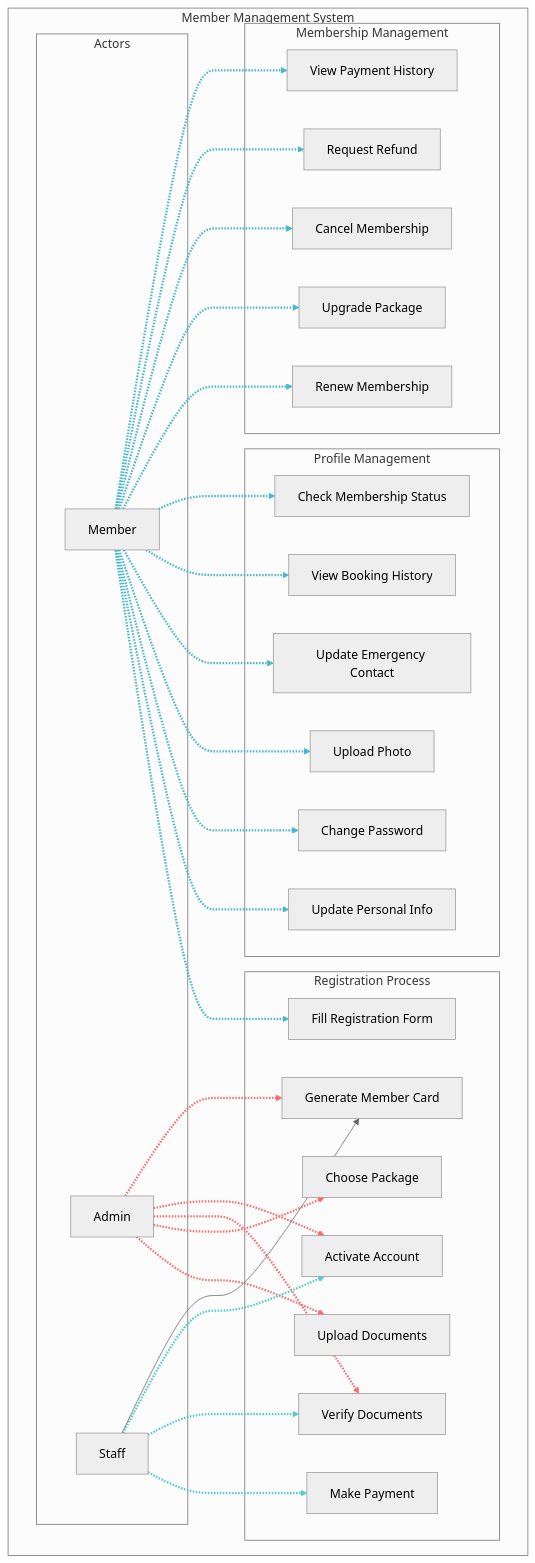
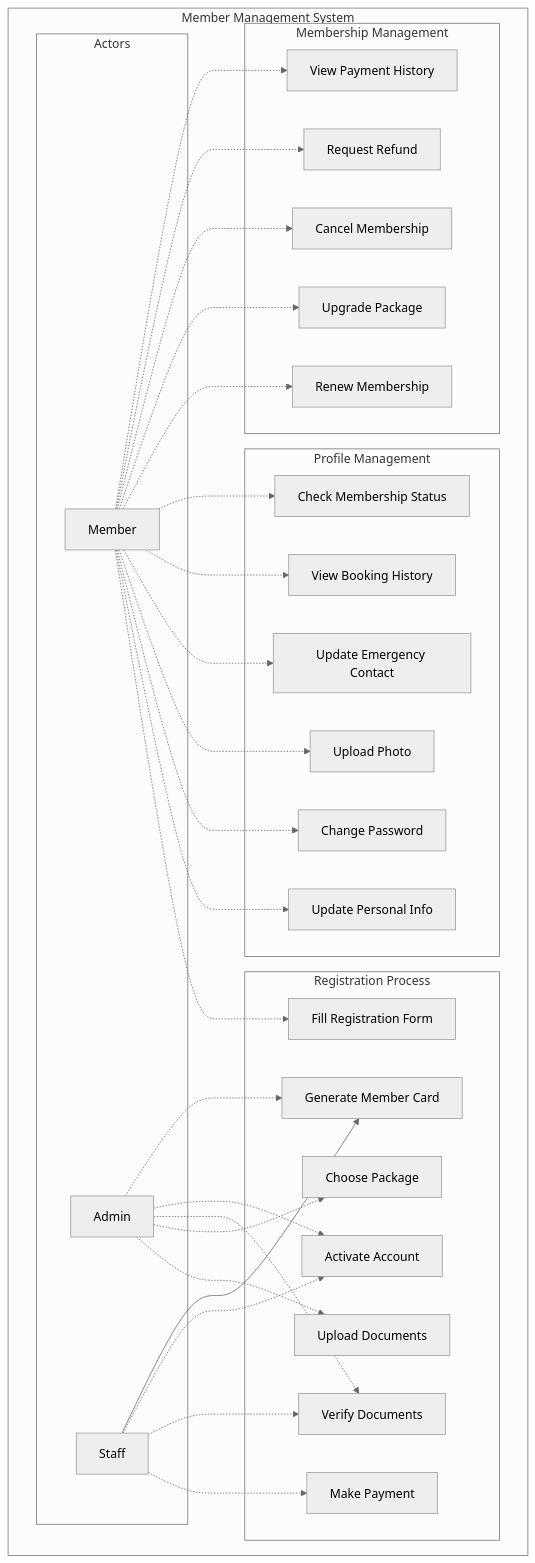
The second of 36 diagrams in Planing/06-uml-diagrams.md (BlackCoffeee/raujan_pool), drawn with Mermaid (neutral theme) before and after one commit. The commit also changed other lines of this file, not shown here.

Commit message:
Refactor UML diagrams by removing custom styling and simplifying actor definitions for better clarity and maintainability in the documentation of the Raujan Pool Syariah management system.

````diff
--- a/Planing/06-uml-diagrams.md
+++ b/Planing/06-uml-diagrams.md
@@ -541,66 +536,64 @@
 ```mermaid
 graph TB
     subgraph "Member Management System"
         subgraph "Actors"
             A1[Member]
             A2[Admin]
             A3[Staff]
         end
 
         subgraph "Registration Process"
             UC1[Fill Registration Form]
             UC2[Upload Documents]
             UC3[Choose Package]
             UC4[Make Payment]
             UC5[Verify Documents]
             UC6[Activate Account]
             UC7[Generate Member Card]
         end
 
         subgraph "Profile Management"
             UC8[Update Personal Info]
             UC9[Change Password]
             UC10[Upload Photo]
             UC11[Update Emergency Contact]
             UC12[View Booking History]
             UC13[Check Membership Status]
         end
 
         subgraph "Membership Management"
             UC14[Renew Membership]
             UC15[Upgrade Package]
             UC16[Cancel Membership]
             UC17[Request Refund]
             UC18[View Payment History]
         end
     end
 
     A1 -.-> UC1
     A1 -.-> UC8
     A1 -.-> UC9
     A1 -.-> UC10
     A1 -.-> UC11
     A1 -.-> UC12
     A1 -.-> UC13
     A1 -.-> UC14
     A1 -.-> UC15
     A1 -.-> UC16
     A1 -.-> UC17
     A1 -.-> UC18
 
     A2 -.-> UC2
     A2 -.-> UC3
     A2 -.-> UC5
     A2 -.-> UC6
     A2 -.-> UC7
 
     A3 -.-> UC4
     A3 -.-> UC5
     A3 -.-> UC6
 
     %% Custom styling untuk lines dengan warna berbeda
-    linkStyle 0,1,2,3,4,5,6,7,8,9,10,11 stroke:#45b7d1,stroke-width:3px
-    linkStyle 12,13,14,15,16 stroke:#ff6b6b,stroke-width:3px
-    linkStyle 17,18,19 stroke:#4ecdc4,stroke-width:3px
+
     A3 --> UC7
 ```
````
